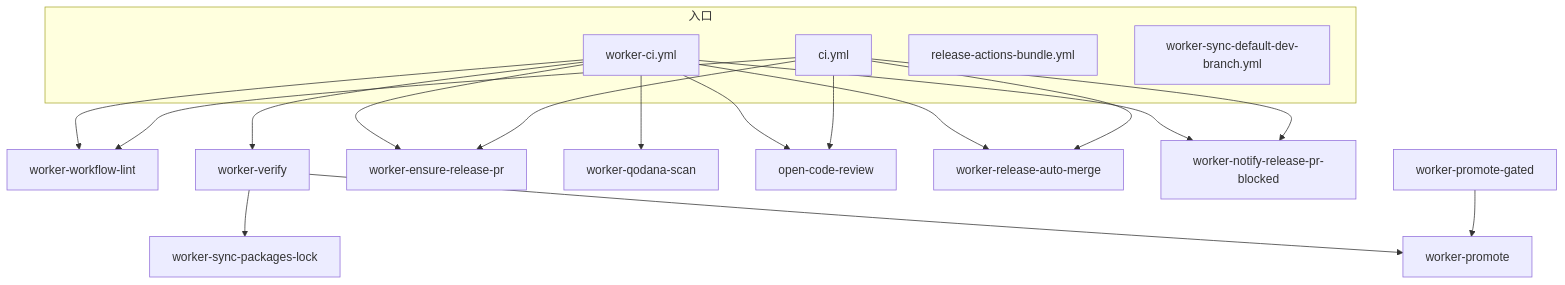
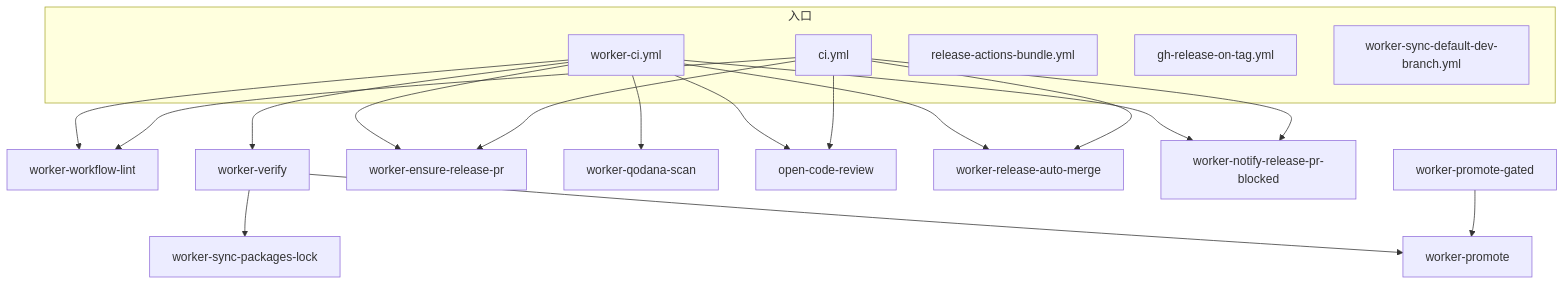
Before and after one commit to workers-world/worker-actions: the first of 18 diagrams in docs/actions-workflows.md, drawn with Mermaid. The commit also changed other lines of this file and 8 other files, not shown here.

````diff
--- a/docs/actions-workflows.md
+++ b/docs/actions-workflows.md
@@ -42,29 +42,30 @@
 ```mermaid
 flowchart TB
   subgraph entry [入口]
     WCI[worker-ci.yml]
     CI[ci.yml]
     REL[release-actions-bundle.yml]
+    GHR[gh-release-on-tag.yml]
     SYNC[worker-sync-default-dev-branch.yml]
   end
 
   WCI --> WL[worker-workflow-lint]
   WCI --> WV[worker-verify]
   WCI --> ERP[worker-ensure-release-pr]
   WCI --> QOD[worker-qodana-scan]
   WCI --> OCR[open-code-review]
   WCI --> RAM[worker-release-auto-merge]
   WCI --> NTF[worker-notify-release-pr-blocked]
 
   CI --> WL
   CI --> ERP
   CI --> OCR
   CI --> RAM
   CI --> NTF
 
   WV --> SPL[worker-sync-packages-lock]
   WV --> PROM[worker-promote]
 
   PG[worker-promote-gated] --> PROM
 
 ```
````
